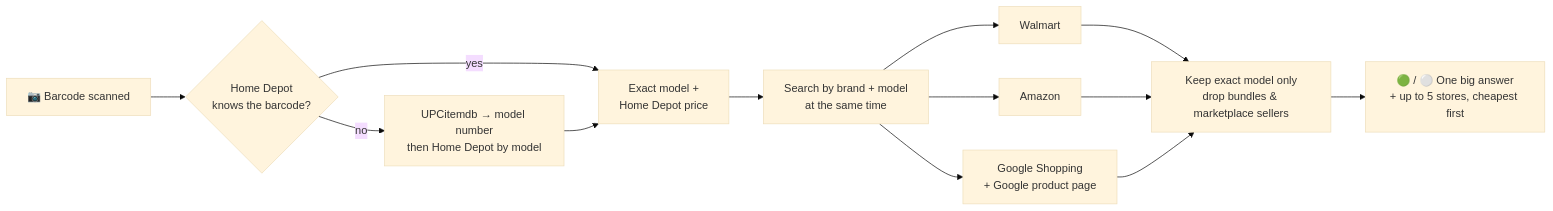
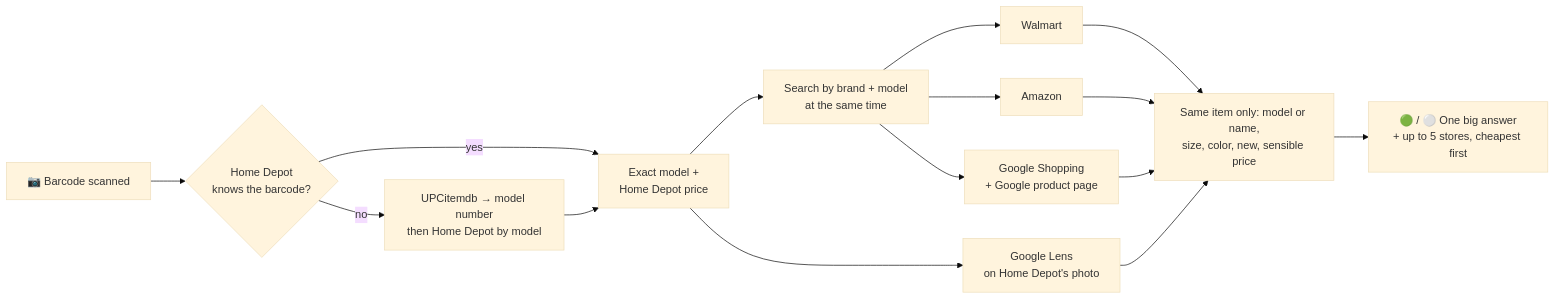
Before and after one commit to bouncypitch/price-match: the diagram in README.md, drawn with Mermaid (base theme). The commit also changed other lines of this file and 8 other files, not shown here.

First line of the commit message:
Find more stores by picture; check size and name like a cashier

````diff
--- a/README.md
+++ b/README.md
@@ -61,13 +62,14 @@
 ```mermaid
 flowchart LR
     A[📷 Barcode scanned] --> B{Home Depot<br/>knows the barcode?}
     B -- yes --> C[Exact model +<br/>Home Depot price]
     B -- no --> D[UPCitemdb → model number<br/>then Home Depot by model]
     D --> C
     C --> E[Search by brand + model<br/>at the same time]
     E --> W[Walmart]
     E --> Z[Amazon]
     E --> G[Google Shopping<br/>+ Google product page]
-    W & Z & G --> F[Keep exact model only<br/>drop bundles & marketplace sellers]
+    C --> L[Google Lens<br/>on Home Depot's photo]
+    W & Z & G & L --> F[Same item only: model or name,<br/>size, color, new, sensible price]
     F --> R[🟢 / ⚪ One big answer<br/>+ up to 5 stores, cheapest first]
 ```
````
